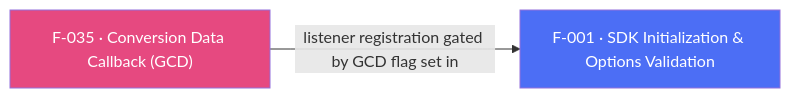
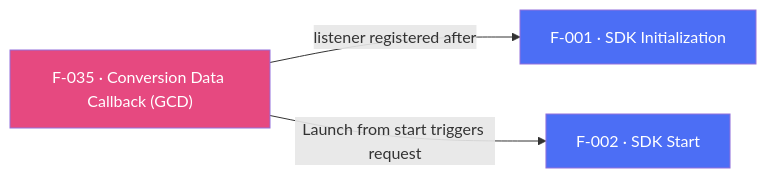
Before and after one commit to AppsFlyerSDK/appsflyer-flutter-plugin: the diagram in internal-docs/features/F-035-conversion-data-callback.md, drawn with Mermaid. The commit also changed other lines of this file and 199 other files, not shown here.

````diff
--- a/internal-docs/features/F-035-conversion-data-callback.md
+++ b/internal-docs/features/F-035-conversion-data-callback.md
@@ -80,6 +101,7 @@
 ```mermaid
 flowchart LR
-    F035["F-035 · Conversion Data Callback (GCD)"]:::deepLinking -->|"listener registration gated by GCD flag set in"| F001["F-001 · SDK Initialization & Options Validation"]:::sdkCore
+    F035["F-035 · Conversion Data Callback (GCD)"]:::deepLinking -->|"listener registered after"| F001["F-001 · SDK Initialization"]:::sdkCore
+    F035 -->|"Launch from start triggers request"| F002["F-002 · SDK Start"]:::sdkCore
     classDef deepLinking fill:#E64980,color:#fff
     classDef sdkCore fill:#4C6EF5,color:#fff
 ```
````
